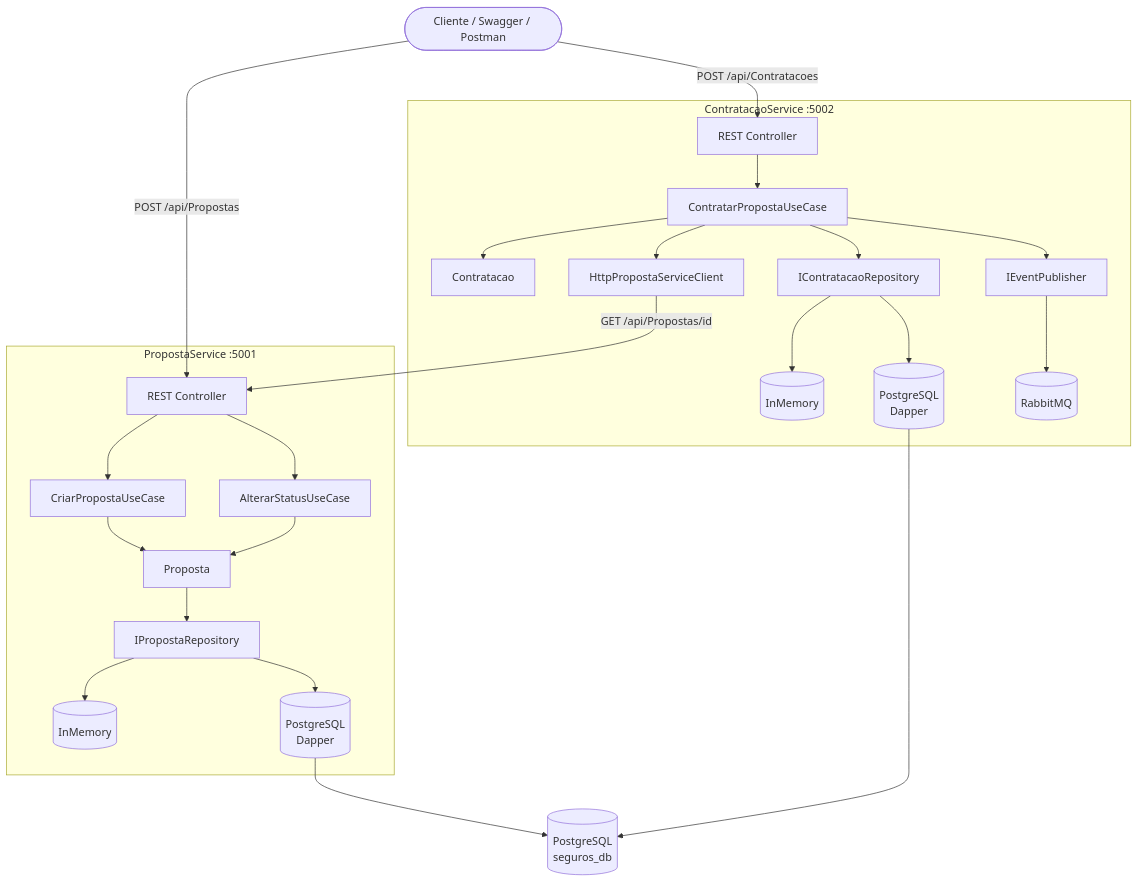
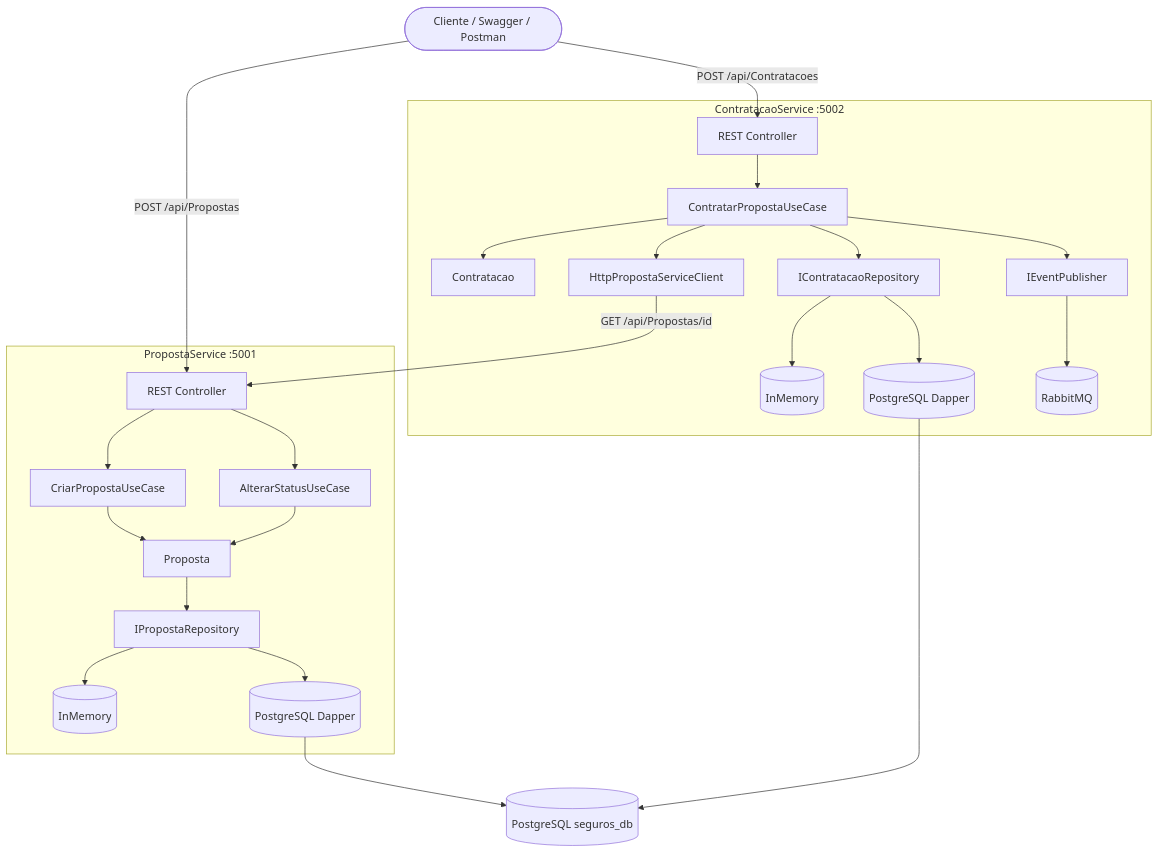
The diagram in README.md (josehelioaraujo/proposta-seguros), drawn with Mermaid before and after one commit. The commit also changed other lines of this file, not shown here.

````diff
--- a/README.md
+++ b/README.md
@@ -19,32 +19,32 @@
 ```mermaid
 flowchart TD
     CLIENT([Cliente / Swagger / Postman])
 
     subgraph PS [PropostaService :5001]
         PA[REST Controller] --> PUC1[CriarPropostaUseCase]
         PA --> PUC2[AlterarStatusUseCase]
         PUC1 --> PD[Proposta]
         PUC2 --> PD
         PD --> PREP[IPropostaRepository]
         PREP --> INMEM[(InMemory)]
-        PREP --> DAPPER[(PostgreSQL\nDapper)]
+        PREP --> DAPPER[(PostgreSQL Dapper)]
     end
 
     subgraph CS [ContratacaoService :5002]
         CA[REST Controller] --> CUC[ContratarPropostaUseCase]
         CUC --> CD[Contratacao]
         CUC --> CREP[IContratacaoRepository]
         CUC --> CHTTP[HttpPropostaServiceClient]
         CUC --> CPUB[IEventPublisher]
         CREP --> INMEM2[(InMemory)]
-        CREP --> DAPPER2[(PostgreSQL\nDapper)]
+        CREP --> DAPPER2[(PostgreSQL Dapper)]
         CPUB --> MQ[(RabbitMQ)]
     end
 
-    DB[(PostgreSQL\nseguros_db)]
+    DB[(PostgreSQL seguros_db)]
     CLIENT -->|POST /api/Propostas| PA
     CLIENT -->|POST /api/Contratacoes| CA
     CHTTP -->|GET /api/Propostas/id| PA
     DAPPER --> DB
     DAPPER2 --> DB
 ```
````
